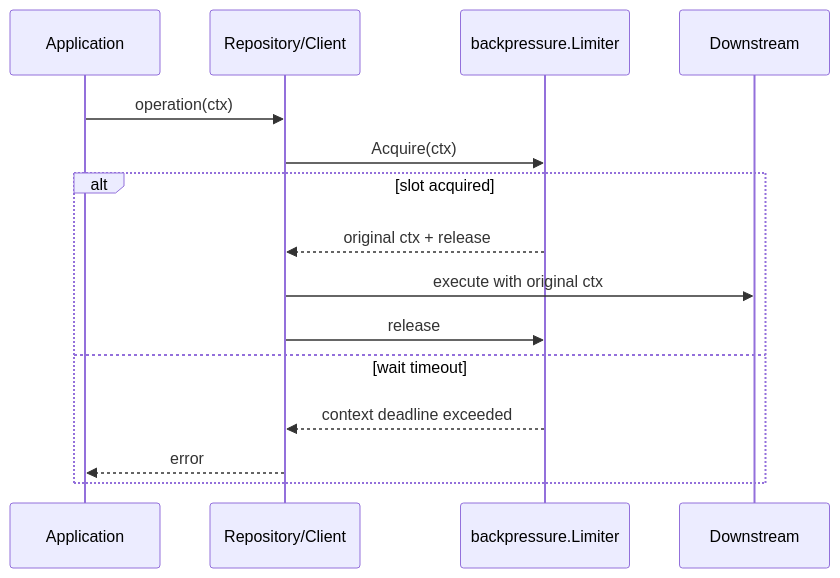
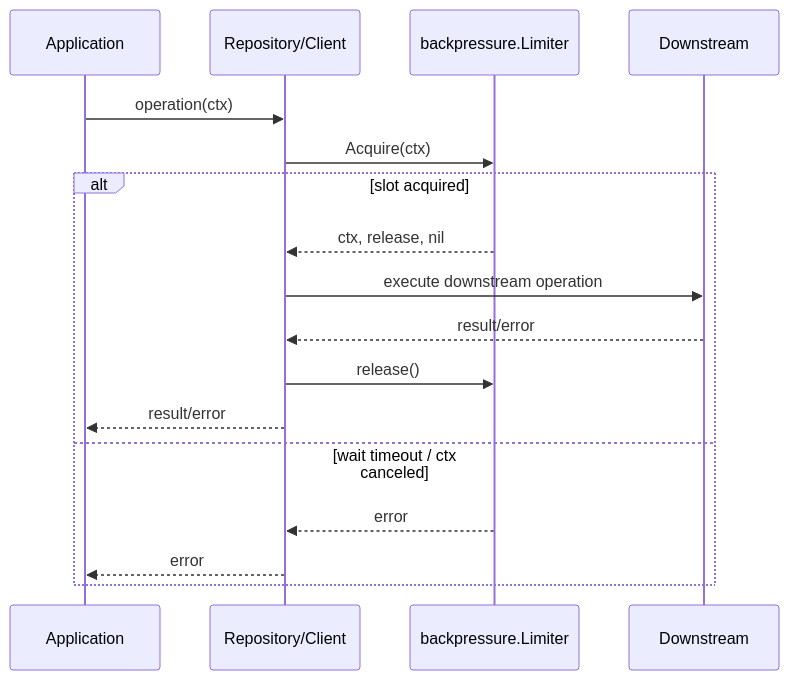
Before and after one commit to FangcunMount/qs-server: the second of 2 diagrams in docs/03-基础设施/resilience/03-Backpressure下游背压.md, drawn with Mermaid. The commit also changed other lines of this file and 8 other files, not shown here.

````diff
--- a/docs/03-基础设施/resilience/03-Backpressure下游背压.md
+++ b/docs/03-基础设施/resilience/03-Backpressure下游背压.md
@@ -17,18 +171,20 @@
 ```mermaid
 sequenceDiagram
     participant App as Application
     participant Repo as Repository/Client
     participant BP as backpressure.Limiter
     participant D as Downstream
 
     App->>Repo: operation(ctx)
     Repo->>BP: Acquire(ctx)
     alt slot acquired
-        BP-->>Repo: original ctx + release
-        Repo->>D: execute with original ctx
-        Repo->>BP: release
-    else wait timeout
-        BP-->>Repo: context deadline exceeded
+        BP-->>Repo: ctx, release, nil
+        Repo->>D: execute downstream operation
+        D-->>Repo: result/error
+        Repo->>BP: release()
+        Repo-->>App: result/error
+    else wait timeout / ctx canceled
+        BP-->>Repo: error
         Repo-->>App: error
     end
 ```
````
